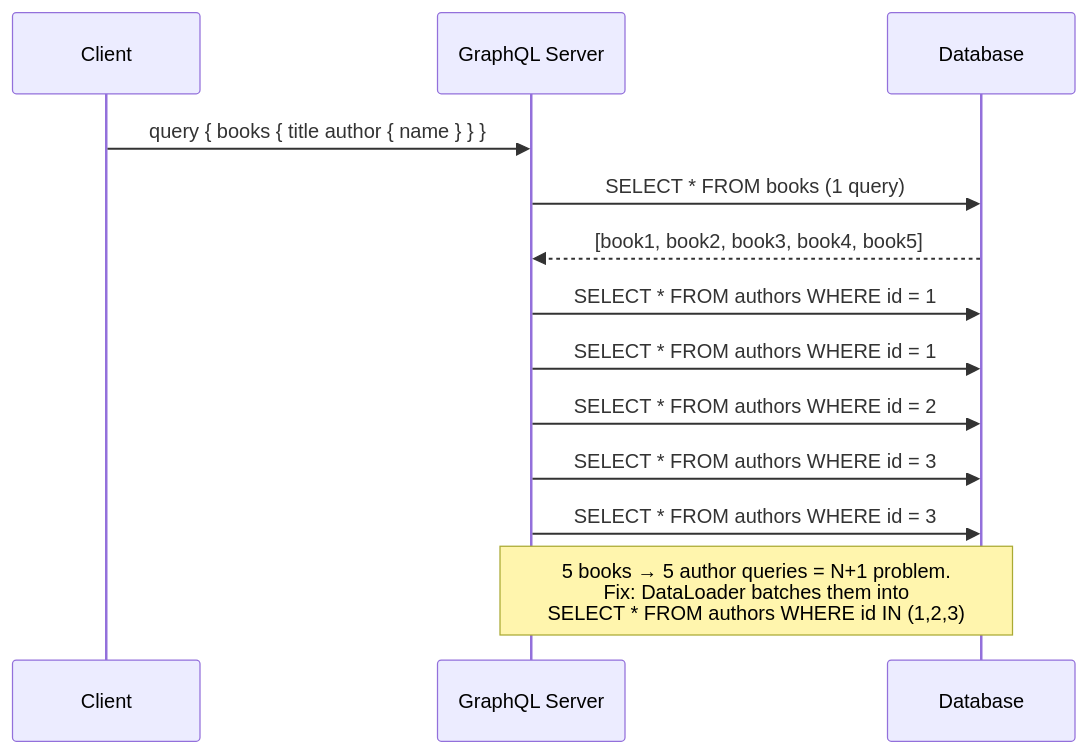
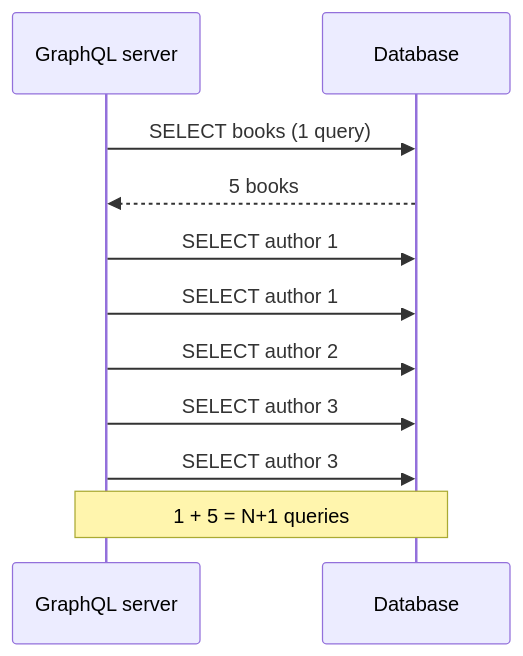
Before and after one commit to vaisakh-vn/api-comparison: the seventh of 13 diagrams in README.md, drawn with Mermaid. The commit also changed other lines of this file, not shown here.

First line of the commit message:
Fix README diagram colors and correct gRPC comparison

````diff
--- a/README.md
+++ b/README.md
@@ -305,19 +281,14 @@
 ```mermaid
 sequenceDiagram
-    participant C as Client
-    participant S as GraphQL Server
+    participant S as GraphQL server
     participant DB as Database
 
-    C->>S: query { books { title author { name } } }
-
-    S->>DB: SELECT * FROM books  (1 query)
-    DB-->>S: [book1, book2, book3, book4, book5]
-
-    S->>DB: SELECT * FROM authors WHERE id = 1
-    S->>DB: SELECT * FROM authors WHERE id = 1
-    S->>DB: SELECT * FROM authors WHERE id = 2
-    S->>DB: SELECT * FROM authors WHERE id = 3
-    S->>DB: SELECT * FROM authors WHERE id = 3
-
-    Note over S,DB: 5 books → 5 author queries = N+1 problem.<br/>Fix: DataLoader batches them into<br/>SELECT * FROM authors WHERE id IN (1,2,3)
+    S->>DB: SELECT books  (1 query)
+    DB-->>S: 5 books
+    S->>DB: SELECT author 1
+    S->>DB: SELECT author 1
+    S->>DB: SELECT author 2
+    S->>DB: SELECT author 3
+    S->>DB: SELECT author 3
+    Note over S,DB: 1 + 5 = N+1 queries
 ```
````
